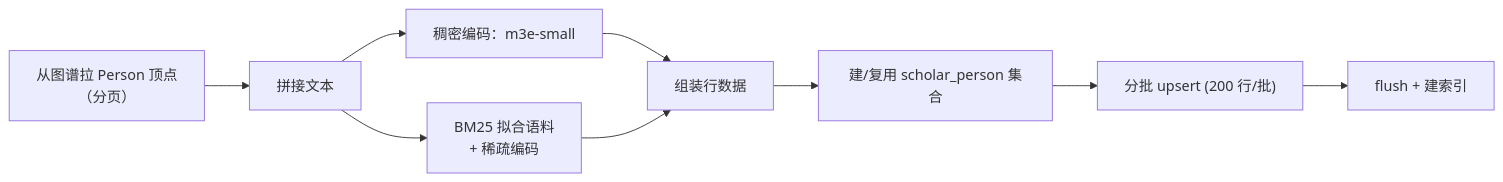
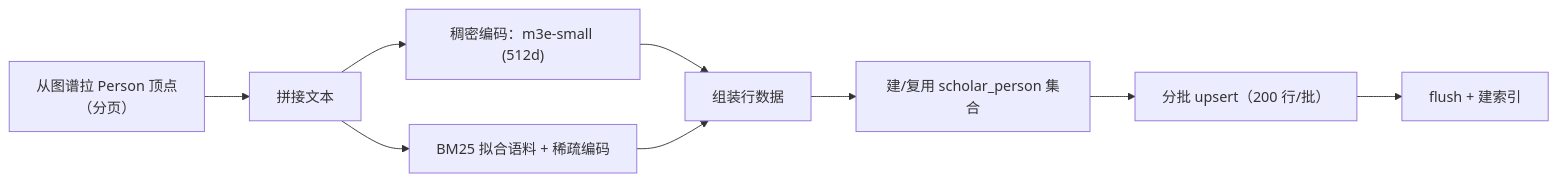
Before and after one commit to Marisolebxf/tech-kg-api: the second of 4 diagrams in backend/docs/scholar_relation_flow.md, drawn with Mermaid. The commit also changed other lines of this file and 1 other file, not shown here.

````diff
--- a/backend/docs/scholar_relation_flow.md
+++ b/backend/docs/scholar_relation_flow.md
@@ -213,11 +98,11 @@
 ```mermaid
 flowchart LR
     A["从图谱拉 Person 顶点<br/>（分页）"] --> B["拼接文本"]
-    B --> C1["稠密编码：m3e-small"]
-    B --> C2["BM25 拟合语料<br/>+ 稀疏编码"]
+    B --> C1["稠密编码：m3e-small (512d)"]
+    B --> C2["BM25 拟合语料 + 稀疏编码"]
     C1 --> D["组装行数据"]
     C2 --> D
     D --> E["建/复用 scholar_person 集合"]
-    E --> F["分批 upsert (200 行/批)"]
+    E --> F["分批 upsert（200 行/批）"]
     F --> G["flush + 建索引"]
 ```
````
